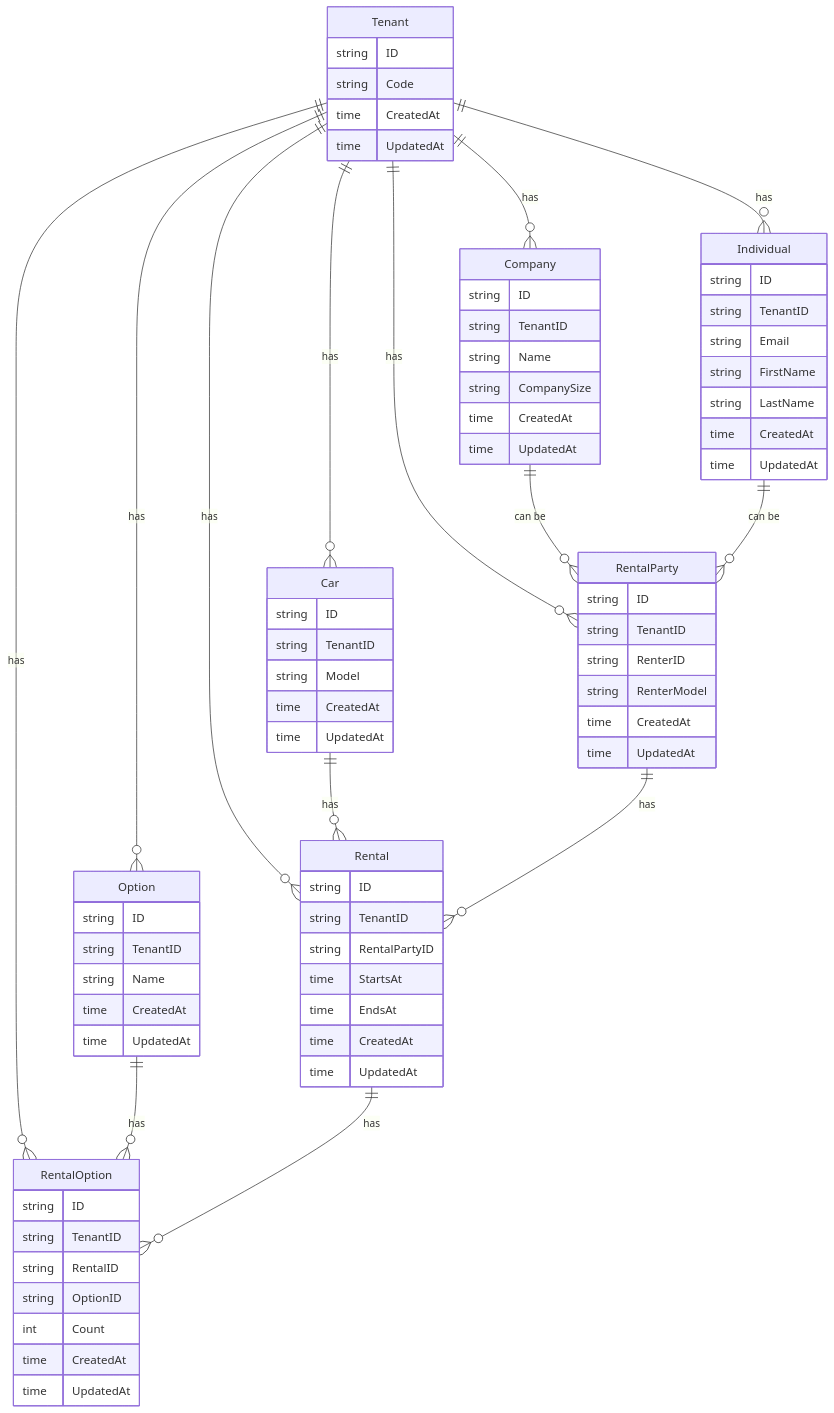
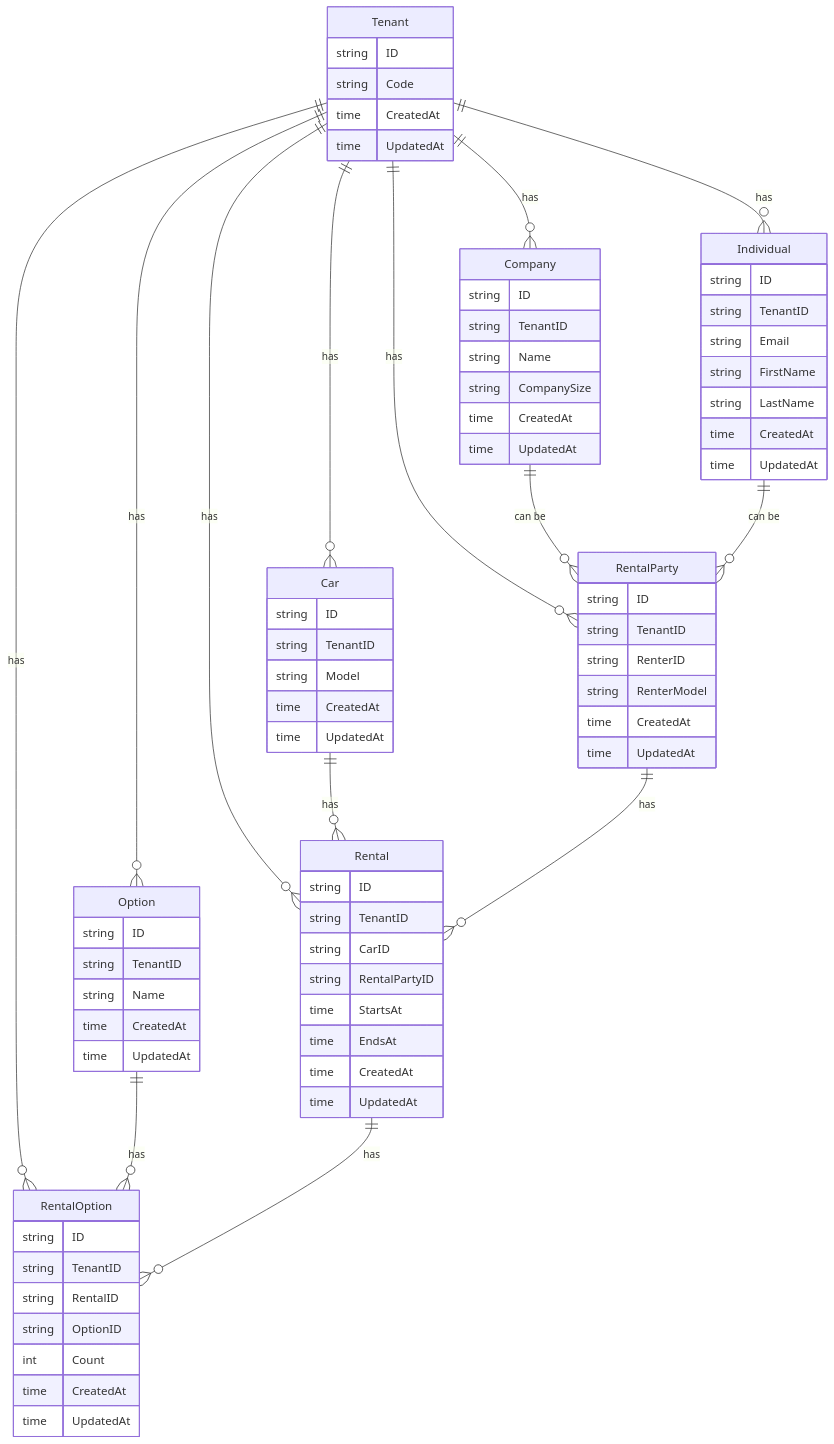
Before and after one commit to jp-ryuji/go-arch-patterns: the diagram in docs/er-diagram.md, drawn with Mermaid. The commit also changed 1 other file, not shown here.

Commit message:
add CarID to Rental

```diff
--- a/docs/er-diagram.md
+++ b/docs/er-diagram.md
@@ -72,6 +72,7 @@
     Rental {
         string ID
         string TenantID
+        string CarID
         string RentalPartyID
         time StartsAt
         time EndsAt
```
